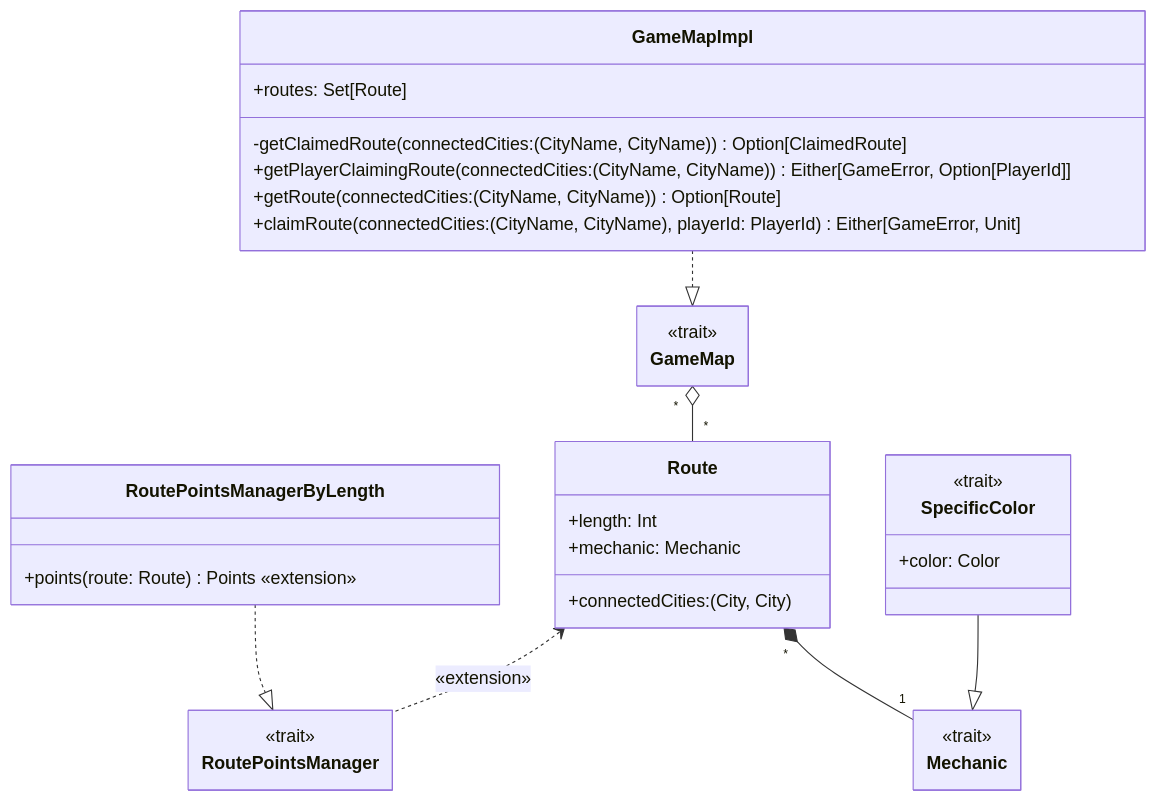
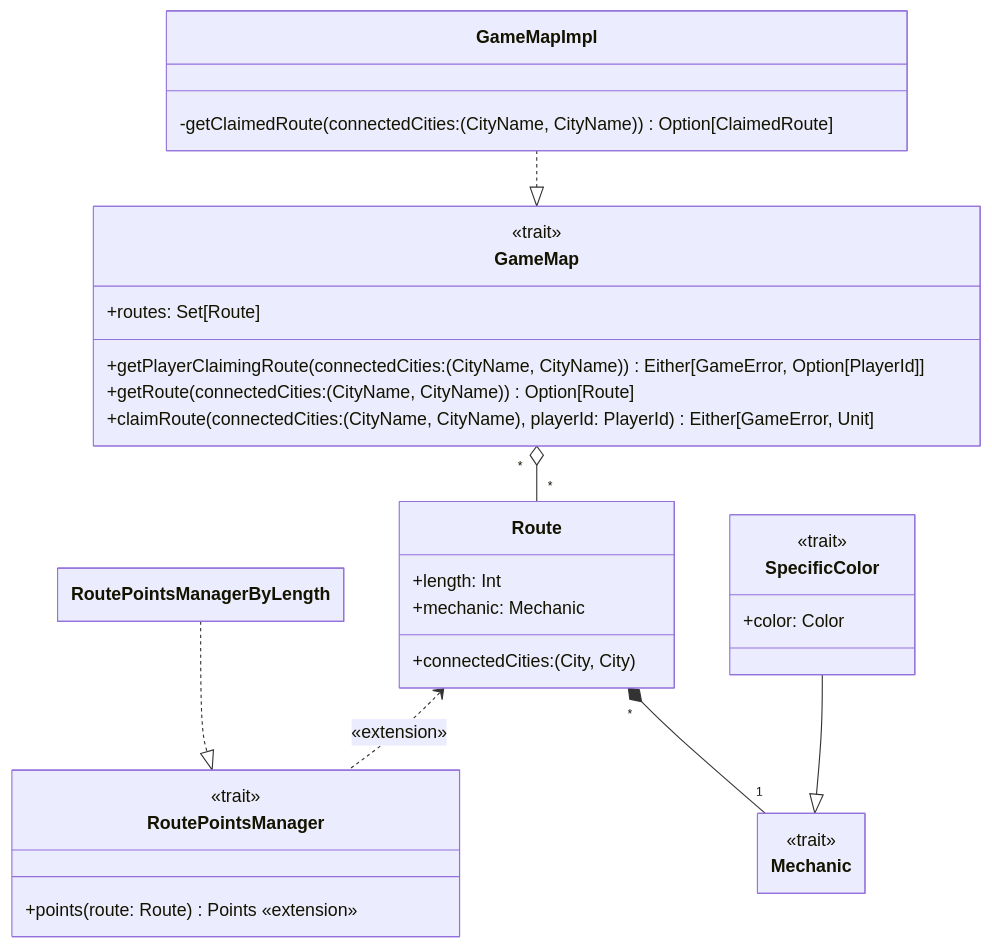
The diagram in docs/report/impl/bedeschi/impl_map.md (FilippoPracucci/PPS-24-ttr-scala), drawn with Mermaid before and after one commit. The commit also changed other lines of this file and 7 other files, not shown here.

````diff
--- a/docs/report/impl/bedeschi/impl_map.md
+++ b/docs/report/impl/bedeschi/impl_map.md
@@ -11,42 +11,40 @@
 ```mermaid
 ---
 config:
   class:
     hideEmptyMembersBox: true
 ---
 classDiagram
     class Route {
         +connectedCities: (City, City)
         +length: Int
         +mechanic: Mechanic
     }
     class Mechanic {
         <<trait>>
     }
     class SpecificColor {
         <<trait>>
         +color: Color
     }
     class GameMapImpl {
         -getClaimedRoute(connectedCities: (CityName, CityName)) Option[ClaimedRoute]
+    }
+    class GameMap {
+        <<trait>>
         +routes: Set[Route]
         +getPlayerClaimingRoute(connectedCities: (CityName, CityName)) Either[GameError, Option[PlayerId]]
         +getRoute(connectedCities: (CityName, CityName)) Option[Route]
         +claimRoute(connectedCities: (CityName, CityName), playerId: PlayerId) Either[GameError, Unit]
     }
-    class GameMap {
-        <<trait>>
-    }
     class RoutePointsManager {
         <<trait>>
-    }
-    class RoutePointsManagerByLength {
         +points(route: Route) Points «extension»
     }
     RoutePointsManagerByLength ..|> RoutePointsManager
     Route <.. RoutePointsManager: «extension»
     Route "*" *-- "1" Mechanic
     SpecificColor --|> Mechanic
     GameMap "*" o-- "*" Route
     GameMapImpl ..|> GameMap
 ```
````
